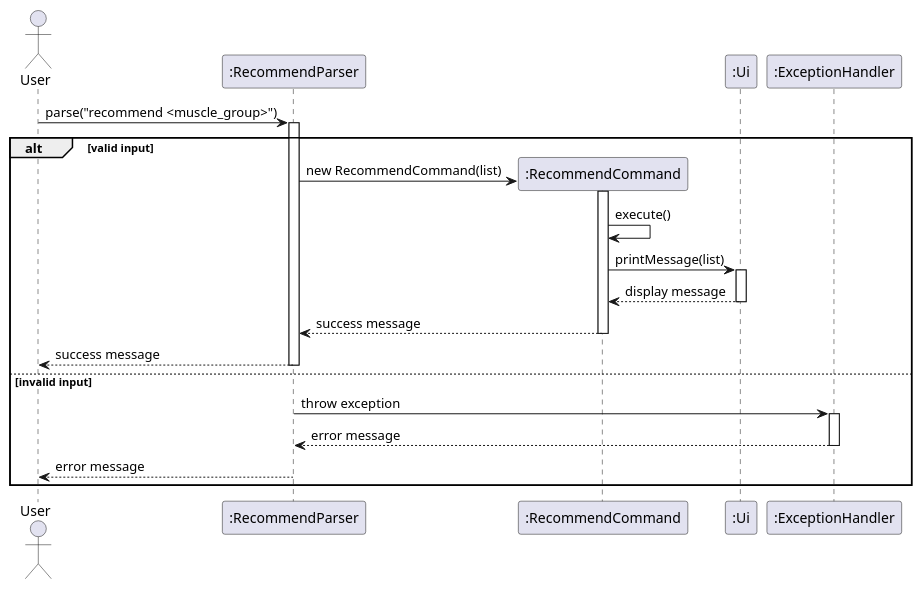
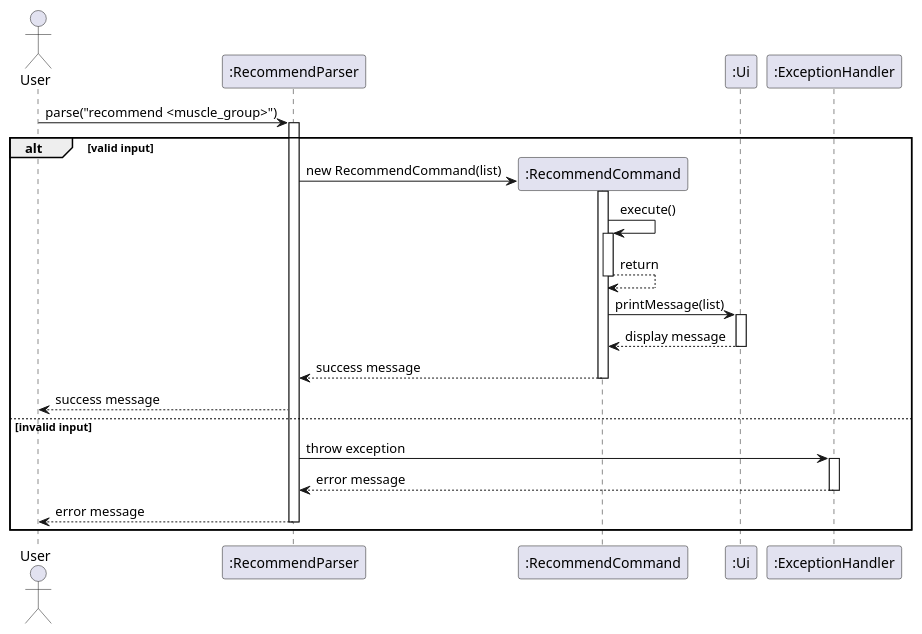
The diagram in docs/diagrams/RecommendSD.puml (Jasonlobo21/tp), drawn with PlantUML before and after one commit. The commit also changed 3 other files, not shown here.

```diff
--- a/docs/diagrams/RecommendSD.puml
+++ b/docs/diagrams/RecommendSD.puml
@@ -1,39 +1,42 @@
 @startuml
 
 actor User
 participant ":RecommendParser"
 participant ":RecommendCommand"
 participant ":Ui"
 participant ":ExceptionHandler"
 
 User -> ":RecommendParser": parse("recommend <muscle_group>")
 activate ":RecommendParser"
 
 alt valid input
     create ":RecommendCommand"
     ":RecommendParser" -> ":RecommendCommand": new RecommendCommand(list)
     activate ":RecommendCommand"
 
     ":RecommendCommand" -> ":RecommendCommand": execute()
+    activate ":RecommendCommand"
+    ":RecommendCommand" --> ":RecommendCommand" : return
+    deactivate ":RecommendCommand"
+
     ":RecommendCommand" -> ":Ui": printMessage(list)
     activate ":Ui"
     ":Ui" --> ":RecommendCommand": display message
     deactivate ":Ui"
 
     ":RecommendCommand" --> ":RecommendParser": success message
     deactivate ":RecommendCommand"
 
     ":RecommendParser" --> User: success message
-    deactivate ":RecommendParser"
 
 else invalid input
     ":RecommendParser" -> ":ExceptionHandler": throw exception
     activate ":ExceptionHandler"
     ":ExceptionHandler" --> ":RecommendParser": error message
     deactivate ":ExceptionHandler"
 
     ":RecommendParser" --> User: error message
     deactivate ":RecommendParser"
 end
 
 @enduml
```
